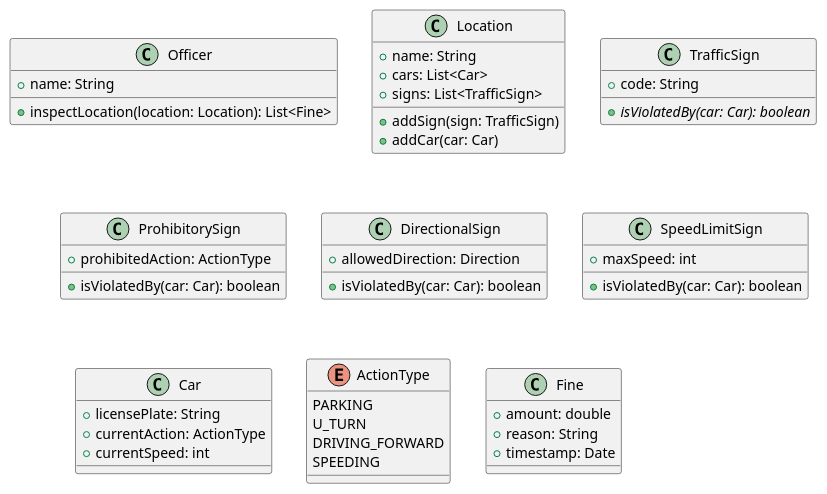
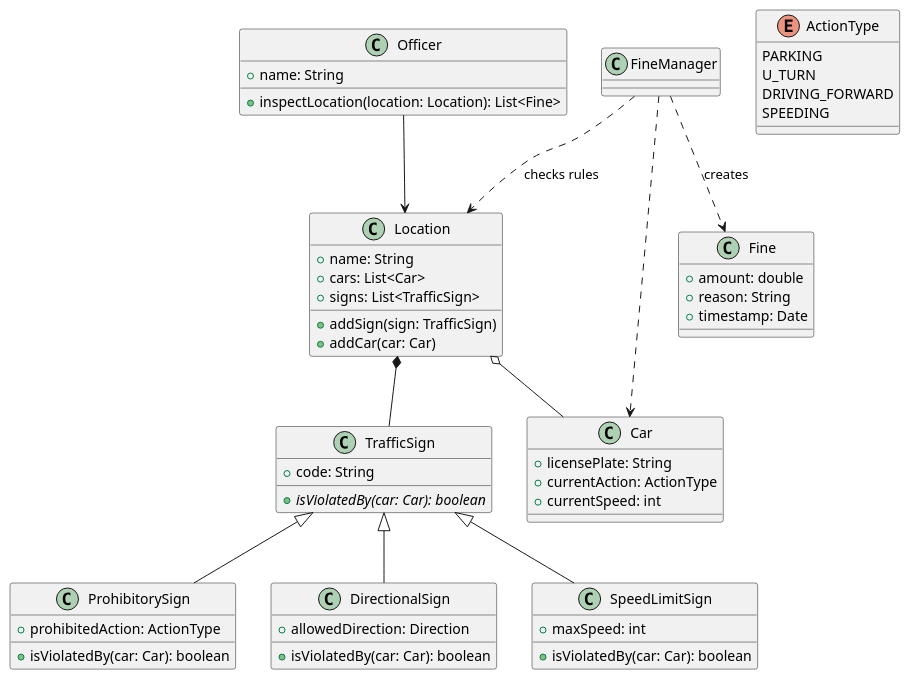
One commit to MujPrvniGutHib/OPR2-REPO changed the diagram in PrstupkyDopravni.puml. Above: the diagram before and after it, drawn with PlantUML.

```diff
--- a/PrstupkyDopravni.puml
+++ b/PrstupkyDopravni.puml
@@ -1,60 +1,68 @@
 @startuml
 
 
 
     class Officer {
         + name: String
         + inspectLocation(location: Location): List<Fine>
     }
 
     class Location {
         + name: String
         + cars: List<Car>
         + signs: List<TrafficSign>
         + addSign(sign: TrafficSign)
         + addCar(car: Car)
     }
 
     class TrafficSign {
         + code: String
         + {abstract} isViolatedBy(car: Car): boolean
     }
 
     class ProhibitorySign {
         + prohibitedAction: ActionType
         + isViolatedBy(car: Car): boolean
     }
 
     class DirectionalSign {
         + allowedDirection: Direction
         + isViolatedBy(car: Car): boolean
     }
 
     class SpeedLimitSign {
         + maxSpeed: int
         + isViolatedBy(car: Car): boolean
     }
 
     class Car {
         + licensePlate: String
         + currentAction: ActionType
         + currentSpeed: int
     }
 
     enum ActionType {
         PARKING
         U_TURN
         DRIVING_FORWARD
         SPEEDING
     }
 
     class Fine {
         + amount: double
         + reason: String
         + timestamp: Date
     }
 
-
+    Officer --> Location
+    Location *-- TrafficSign
+    Location o-- Car
+    TrafficSign <|-- ProhibitorySign
+    TrafficSign <|-- DirectionalSign
+    TrafficSign <|-- SpeedLimitSign
+    FineManager ..> Fine : creates
+    FineManager ..> Car
+    FineManager ..> Location : checks rules
 
 
 @enduml
```
